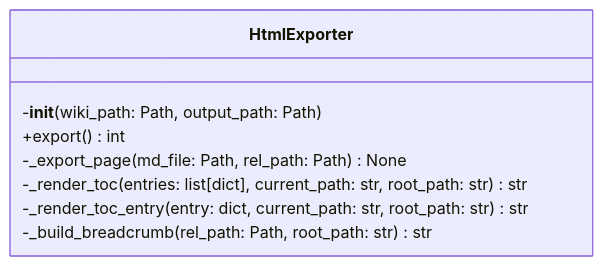
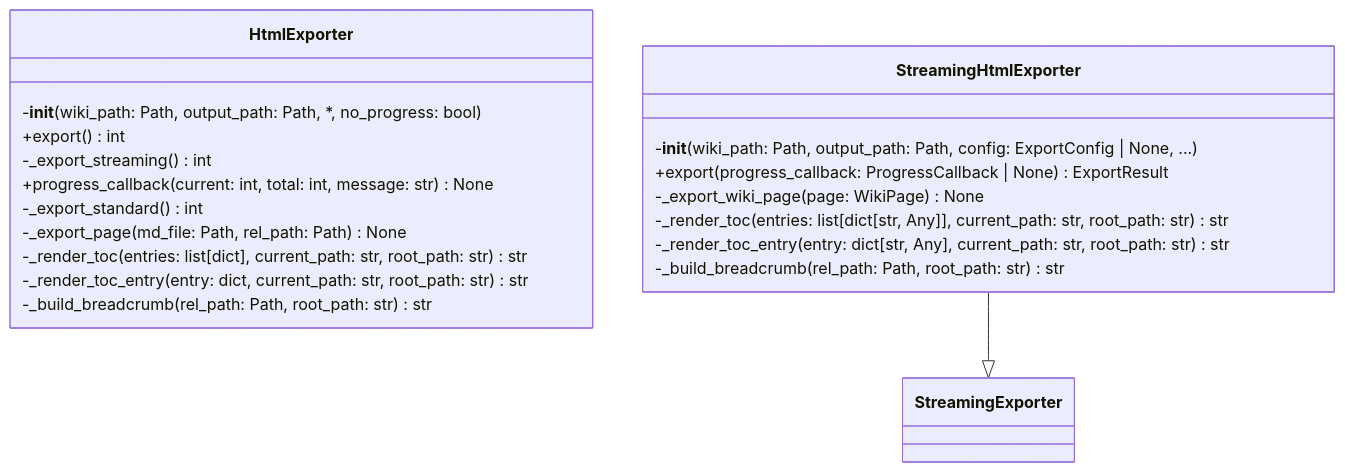
One commit to UrbanDiver/local-deepwiki-mcp changed the first of 2 diagrams in .deepwiki/files/src/local_deepwiki/export/html.md. Above: the diagram before and after it, drawn with Mermaid. The commit also changed other lines of this file and 65 other files, not shown here.

````diff
--- a/.deepwiki/files/src/local_deepwiki/export/html.md
+++ b/.deepwiki/files/src/local_deepwiki/export/html.md
@@ -397,11 +1207,23 @@
 ```mermaid
 classDiagram
     class HtmlExporter {
-        -__init__(wiki_path: Path, output_path: Path)
+        -__init__(wiki_path: Path, output_path: Path, *, no_progress: bool)
         +export() int
+        -_export_streaming() int
+        +progress_callback(current: int, total: int, message: str) None
+        -_export_standard() int
         -_export_page(md_file: Path, rel_path: Path) None
         -_render_toc(entries: list[dict], current_path: str, root_path: str) str
         -_render_toc_entry(entry: dict, current_path: str, root_path: str) str
         -_build_breadcrumb(rel_path: Path, root_path: str) str
     }
+    class StreamingHtmlExporter {
+        -__init__(wiki_path: Path, output_path: Path, config: ExportConfig | None, ...)
+        +export(progress_callback: ProgressCallback | None) ExportResult
+        -_export_wiki_page(page: WikiPage) None
+        -_render_toc(entries: list[dict[str, Any]], current_path: str, root_path: str) str
+        -_render_toc_entry(entry: dict[str, Any], current_path: str, root_path: str) str
+        -_build_breadcrumb(rel_path: Path, root_path: str) str
+    }
+    StreamingHtmlExporter --|> StreamingExporter
 ```
````
